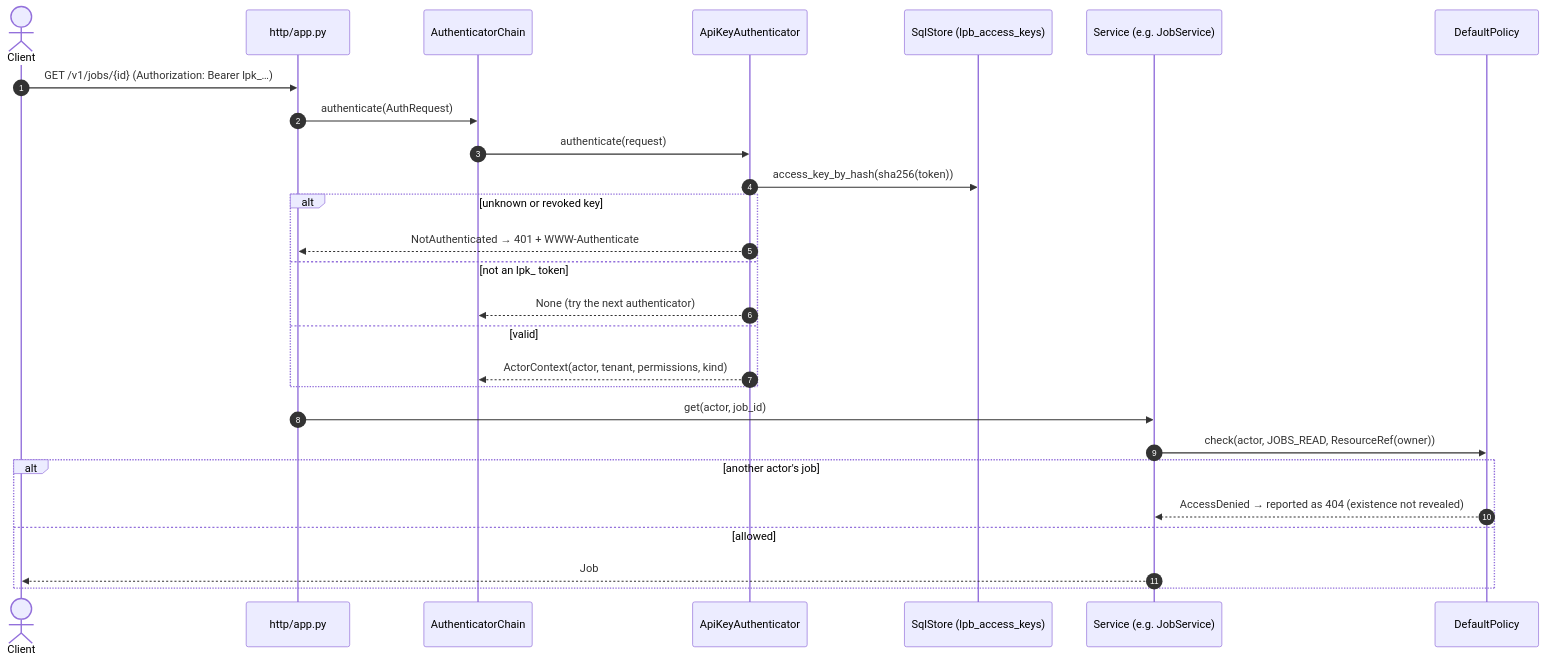
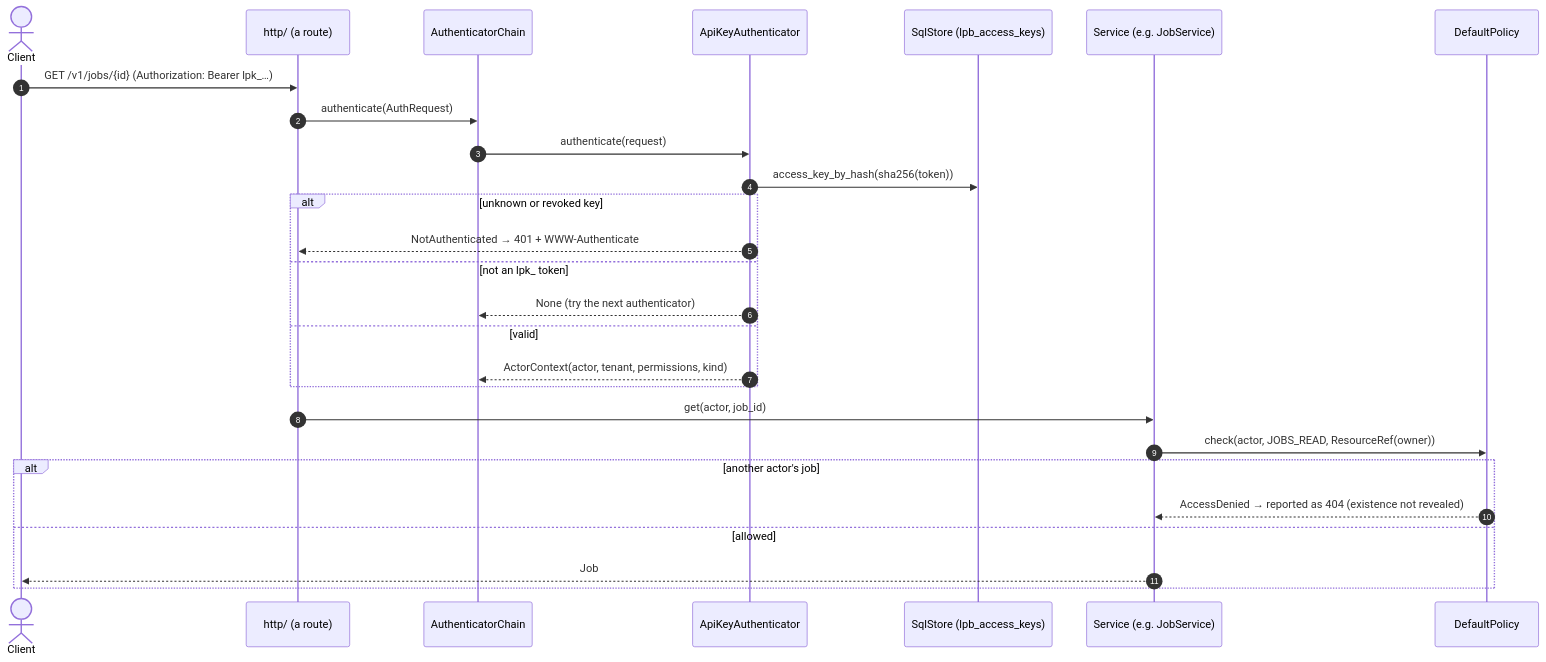
Before and after one commit to NE-Build-Track/livepeer-builder-core: the fourth of 12 diagrams in docs/design-docs/architecture-diagrams.md, drawn with Mermaid. The commit also changed other lines of this file and 9 other files, not shown here.

````diff
--- a/docs/design-docs/architecture-diagrams.md
+++ b/docs/design-docs/architecture-diagrams.md
@@ -122,29 +123,29 @@
 ```mermaid
 sequenceDiagram
     autonumber
     actor C as Client
-    participant H as http/app.py
+    participant H as http/ (a route)
     participant Chain as AuthenticatorChain
     participant K as ApiKeyAuthenticator
     participant S as SqlStore (lpb_access_keys)
     participant Svc as Service (e.g. JobService)
     participant P as DefaultPolicy
     C->>H: GET /v1/jobs/{id} (Authorization: Bearer lpk_…)
     H->>Chain: authenticate(AuthRequest)
     Chain->>K: authenticate(request)
     K->>S: access_key_by_hash(sha256(token))
     alt unknown or revoked key
         K-->>H: NotAuthenticated → 401 + WWW-Authenticate
     else not an lpk_ token
         K-->>Chain: None (try the next authenticator)
     else valid
         K-->>Chain: ActorContext(actor, tenant, permissions, kind)
     end
     H->>Svc: get(actor, job_id)
     Svc->>P: check(actor, JOBS_READ, ResourceRef(owner))
     alt another actor's job
         P-->>Svc: AccessDenied → reported as 404 (existence not revealed)
     else allowed
         Svc-->>C: Job
     end
 ```
````
